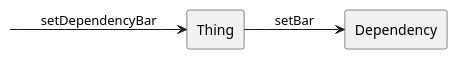
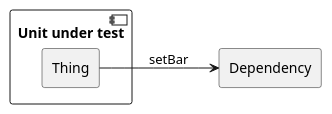
One commit to skiffek/easy-unit-tests changed the diagram in diagrams/06-command-outgoing.puml. Above: the diagram before and after it, drawn with PlantUML. The commit also changed 36 other files, not shown here.

```diff
--- a/diagrams/06-command-outgoing.puml
+++ b/diagrams/06-command-outgoing.puml
@@ -1,12 +1,12 @@
 @startuml communication
 skinparam linestyle ortho
 left to right direction
 
-label " " as external
-rectangle "Thing" as thing
+component "Unit under test" {
+  rectangle "Thing" as thing
+}
 rectangle "Dependency" as dependency
 
-external -[plain]-> thing: setDependencyBar
 thing -[plain]-> dependency: setBar
 
 @enduml
```
